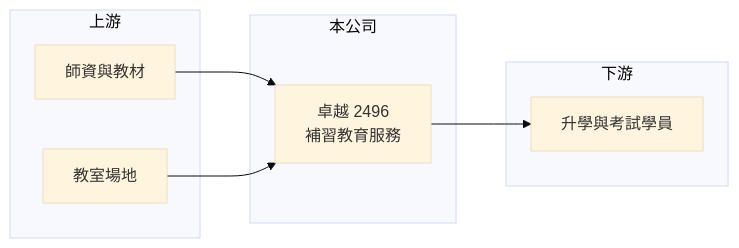
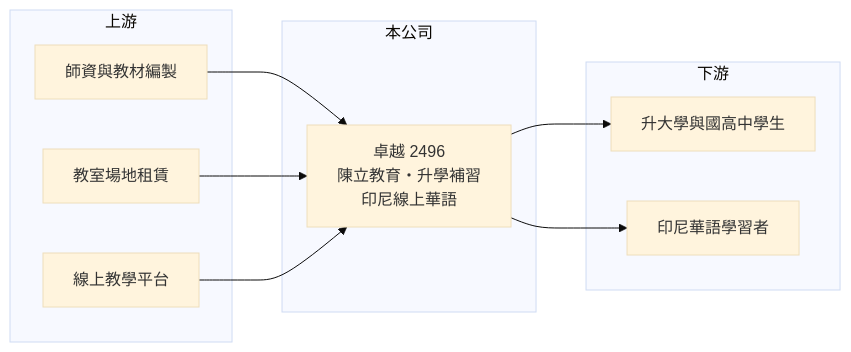
One commit to wangnick1004/taiwan-stock-vault changed the diagram in 個股/台股/2496卓越.md. Above: the diagram before and after it, drawn with Mermaid (base theme). The commit also changed other lines of this file and 12 other files, not shown here.

````diff
--- a/個股/台股/2496卓越.md
+++ b/個股/台股/2496卓越.md
@@ -89,16 +106,20 @@
 ```mermaid
 flowchart LR
     subgraph 上游
-        A1["師資與教材"]
-        A2["教室場地"]
+        A1["師資與教材編製"]
+        A2["教室場地租賃"]
+        A3["線上教學平台"]
     end
     subgraph 本公司
-        B["卓越 2496<br/>補習教育服務"]
+        B["卓越 2496<br/>陳立教育・升學補習<br/>印尼線上華語"]
     end
     subgraph 下游
-        C1["升學與考試學員"]
+        C1["升大學與國高中學生"]
+        C2["印尼華語學習者"]
     end
     A1 --> B
     A2 --> B
+    A3 --> B
     B --> C1
+    B --> C2
 ```
````
